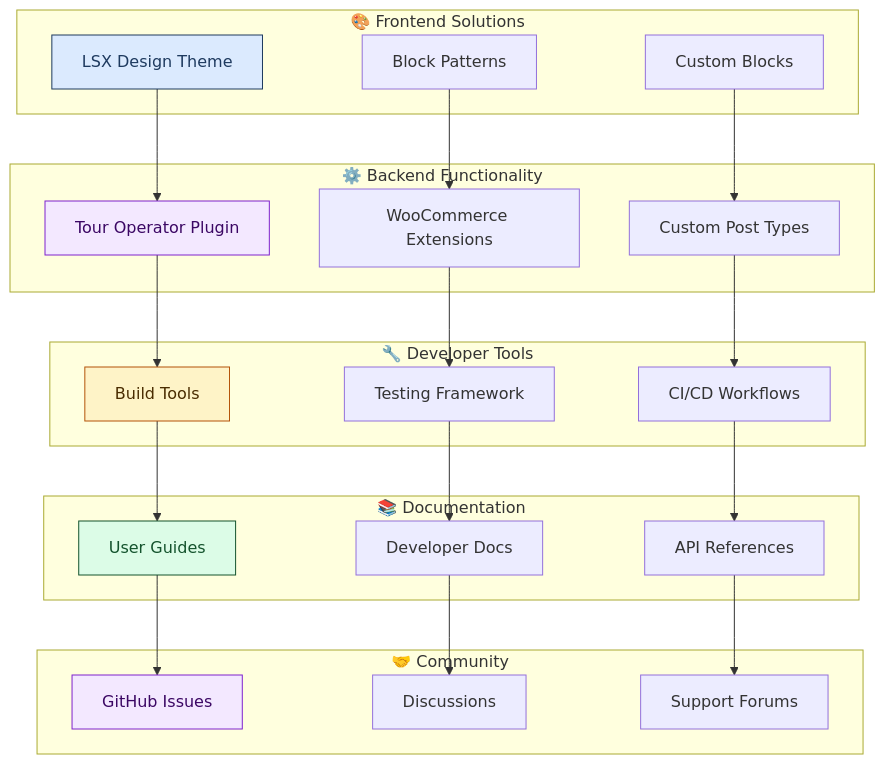
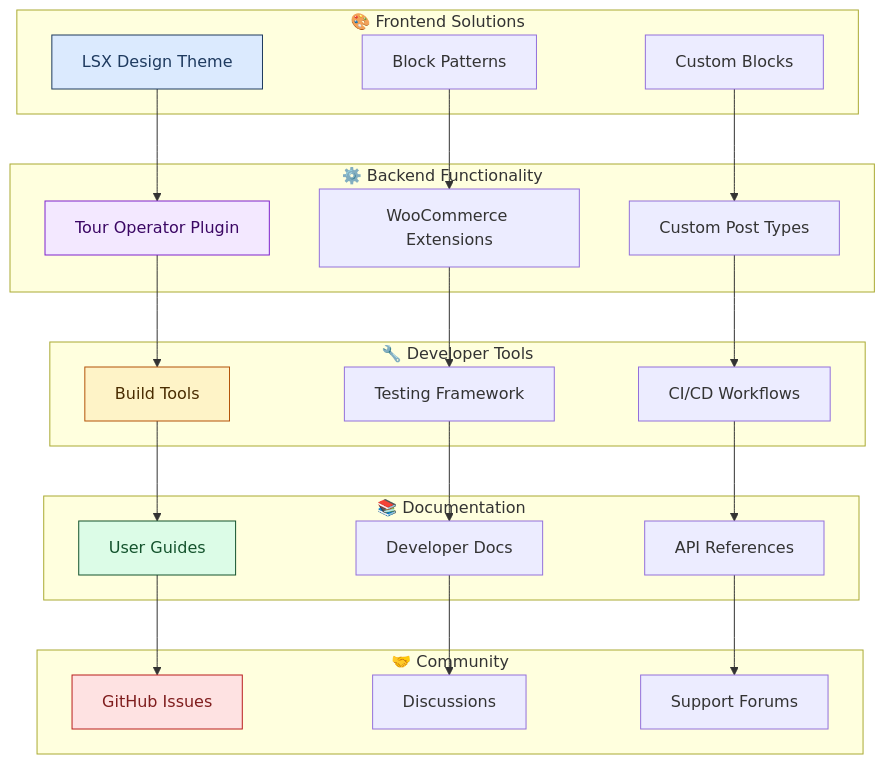
The third of 4 diagrams in profile/README.md (lightspeedwp/.github), drawn with Mermaid before and after one commit. The commit also changed other lines of this file and 16 other files, not shown here.

First line of the commit message:
feat(mermaid): WCAG 2.2 AA colour contrast validation and updated diagram standards (#977)

````diff
--- a/profile/README.md
+++ b/profile/README.md
@@ -147,56 +147,56 @@
 ```mermaid
 graph TB
 accTitle: "LightSpeed project architecture and ecosystem"
 accDescr: "Comprehensive architecture showing frontend solutions with LSX Design and custom blocks, backend functionality including Tour Operator plugin and WooCommerce extensions, developer tools with CI/CD workflows, documentation and community support forums."
     subgraph "🎨 Frontend Solutions"
         A[LSX Design Theme]
         B[Block Patterns]
         C[Custom Blocks]
     end
 
     subgraph "⚙️ Backend Functionality"
         D[Tour Operator Plugin]
         E[WooCommerce Extensions]
         F[Custom Post Types]
     end
 
     subgraph "🔧 Developer Tools"
         G[Build Tools]
         H[Testing Framework]
         I[CI/CD Workflows]
     end
 
     subgraph "📚 Documentation"
         J[User Guides]
         K[Developer Docs]
         L[API References]
     end
 
     subgraph "🤝 Community"
         M[GitHub Issues]
         N[Discussions]
         O[Support Forums]
     end
 
     A --> D
     B --> E
     C --> F
 
     D --> G
     E --> H
     F --> I
 
     G --> J
     H --> K
     I --> L
 
     J --> M
     K --> N
     L --> O
 
     style A fill:#dbeafe,color:#1e3a5f,stroke:#1e3a5f
     style D fill:#f3e8ff,color:#3b0764,stroke:#7e22ce
     style G fill:#fef3c7,color:#4a2c00,stroke:#b45309
     style J fill:#dcfce7,color:#14532d,stroke:#14532d
-    style M fill:#f3e8ff,color:#3b0764,stroke:#7e22ce
+    style M fill:#fee2e2,color:#7f1d1d,stroke:#b91c1c
 ```
````
